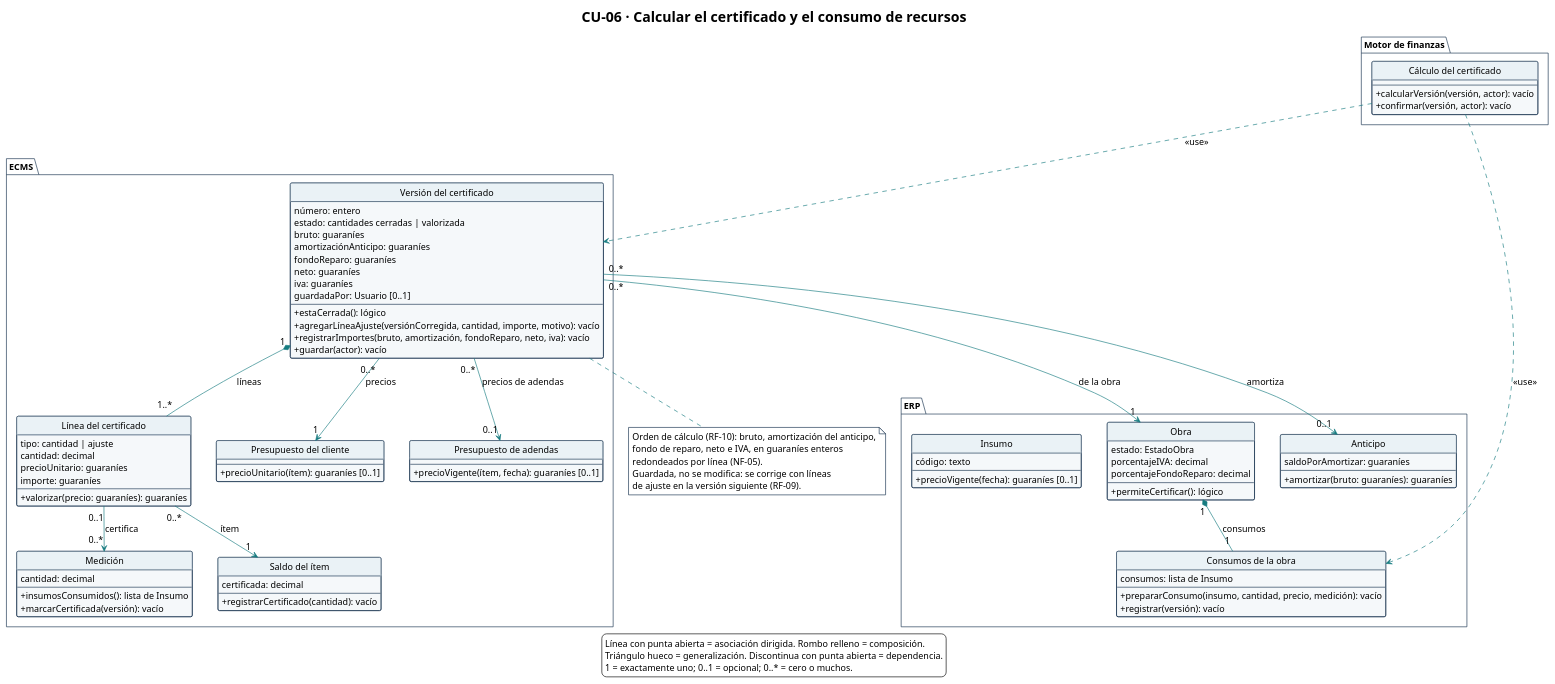
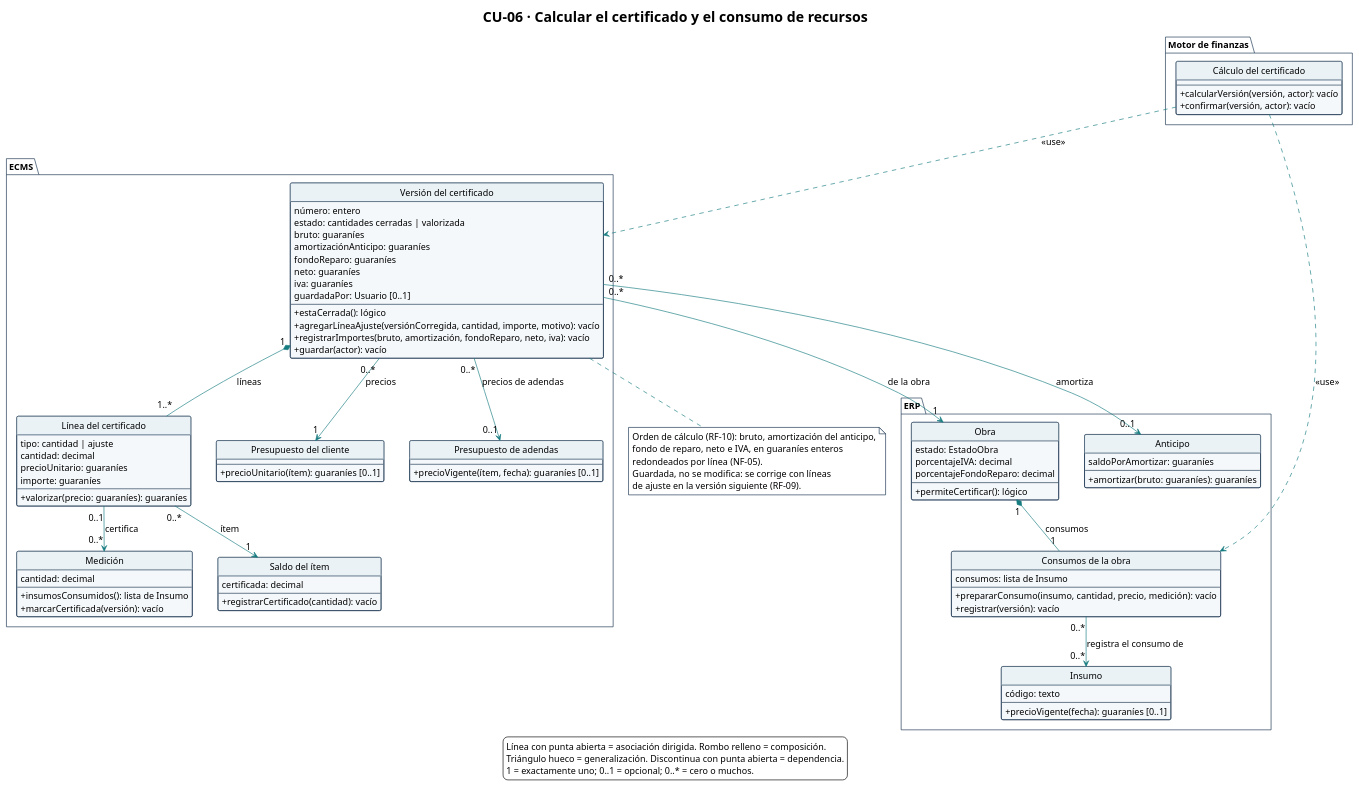
One commit to Ssrrb/tpf-uca changed the diagram in diagramas/CU-06-clases.puml. Above: the diagram before and after it, drawn with PlantUML. The commit also changed 1 other file, not shown here.

Commit message:
CU-06 y CU-07: ninguna clase queda suelta en el diagrama de clases
Claude-Session: https://claude.ai/code/session_01SsyG3wCMXzRw729TatmkYY

```diff
--- a/diagramas/CU-06-clases.puml
+++ b/diagramas/CU-06-clases.puml
@@ -1,139 +1,140 @@
 @startuml
 !theme plain
 skinparam style strictuml
 title CU-06 · Calcular el certificado y el consumo de recursos
 hide circle
 hide empty methods
 hide empty fields
 skinparam shadowing false
 skinparam classAttributeIconSize 0
 skinparam defaultFontName Arial
 skinparam defaultFontSize 14
 skinparam nodesep 40
 skinparam ranksep 50
 skinparam ArrowColor #167C80
 skinparam class {
   BackgroundColor #F5F8FA
   BorderColor #17324D
   HeaderBackgroundColor #EAF2F6
 }
 skinparam package {
   BackgroundColor #FFFFFF
   BorderColor #17324D
 }
 skinparam note {
   BackgroundColor #FFFFFF
   BorderColor #17324D
 }
 package "Motor de finanzas" {
   class "Cálculo del certificado" as CalculoCertificado {
     --
     + calcularVersión(versión, actor): vacío
     + confirmar(versión, actor): vacío
   }
 }
 
 package "ECMS" {
   class "Versión del certificado" as VersionCertificado {
     número: entero
     estado: cantidades cerradas | valorizada
     bruto: guaraníes
     amortizaciónAnticipo: guaraníes
     fondoReparo: guaraníes
     neto: guaraníes
     iva: guaraníes
     guardadaPor: Usuario [0..1]
     --
     + estaCerrada(): lógico
     + agregarLíneaAjuste(versiónCorregida, cantidad, importe, motivo): vacío
     + registrarImportes(bruto, amortización, fondoReparo, neto, iva): vacío
     + guardar(actor): vacío
   }
 
   class "Línea del certificado" as LineaCertificado {
     tipo: cantidad | ajuste
     cantidad: decimal
     precioUnitario: guaraníes
     importe: guaraníes
     --
     + valorizar(precio: guaraníes): guaraníes
   }
 
   class "Medición" as Medicion {
     cantidad: decimal
     --
     + insumosConsumidos(): lista de Insumo
     + marcarCertificada(versión): vacío
   }
 
   class "Saldo del ítem" as SaldoItem {
     certificada: decimal
     --
     + registrarCertificado(cantidad): vacío
   }
 
   class "Presupuesto del cliente" as PresupuestoCliente {
     --
     + precioUnitario(ítem): guaraníes [0..1]
   }
 
   class "Presupuesto de adendas" as PresupuestoAdendas {
     --
     + precioVigente(ítem, fecha): guaraníes [0..1]
   }
 }
 
 package "ERP" {
   class Obra {
     estado: EstadoObra
     porcentajeIVA: decimal
     porcentajeFondoReparo: decimal
     --
     + permiteCertificar(): lógico
   }
 
   class Anticipo {
     saldoPorAmortizar: guaraníes
     --
     + amortizar(bruto: guaraníes): guaraníes
   }
 
   class Insumo {
     código: texto
     --
     + precioVigente(fecha): guaraníes [0..1]
   }
 
   class "Consumos de la obra" as ConsumosObra {
     consumos: lista de Insumo
     --
     + prepararConsumo(insumo, cantidad, precio, medición): vacío
     + registrar(versión): vacío
   }
 }
 
 CalculoCertificado ..> VersionCertificado : <<use>>
 CalculoCertificado ..> ConsumosObra : <<use>>
 VersionCertificado "1" *-- "1..*" LineaCertificado : líneas
 LineaCertificado "0..1" --> "0..*" Medicion : certifica
 LineaCertificado "0..*" --> "1" SaldoItem : ítem
 VersionCertificado "0..*" --> "1" PresupuestoCliente : precios
 VersionCertificado "0..*" --> "0..1" PresupuestoAdendas : precios de adendas
 VersionCertificado "0..*" --> "0..1" Anticipo : amortiza
 VersionCertificado "0..*" --> "1" Obra : de la obra
 Obra "1" *-- "1" ConsumosObra : consumos
+ConsumosObra "0..*" --> "0..*" Insumo : registra el consumo de
 
 note bottom of VersionCertificado
   Orden de cálculo (RF-10): bruto, amortización del anticipo,
   fondo de reparo, neto e IVA, en guaraníes enteros
   redondeados por línea (NF-05).
   Guardada, no se modifica: se corrige con líneas
   de ajuste en la versión siguiente (RF-09).
 end note
 
 legend bottom
   Línea con punta abierta = asociación dirigida. Rombo relleno = composición.
   Triángulo hueco = generalización. Discontinua con punta abierta = dependencia.
   1 = exactamente uno; 0..1 = opcional; 0..* = cero o muchos.
 endlegend
 @enduml
```
